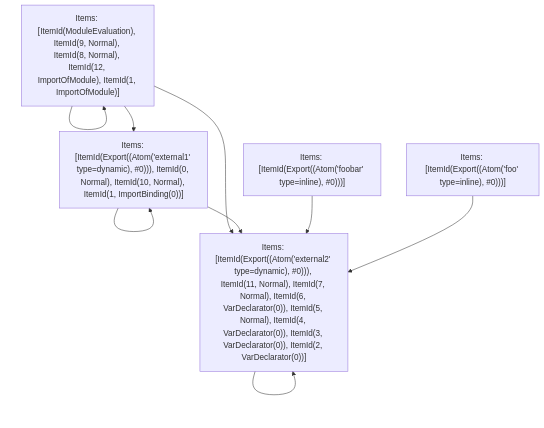
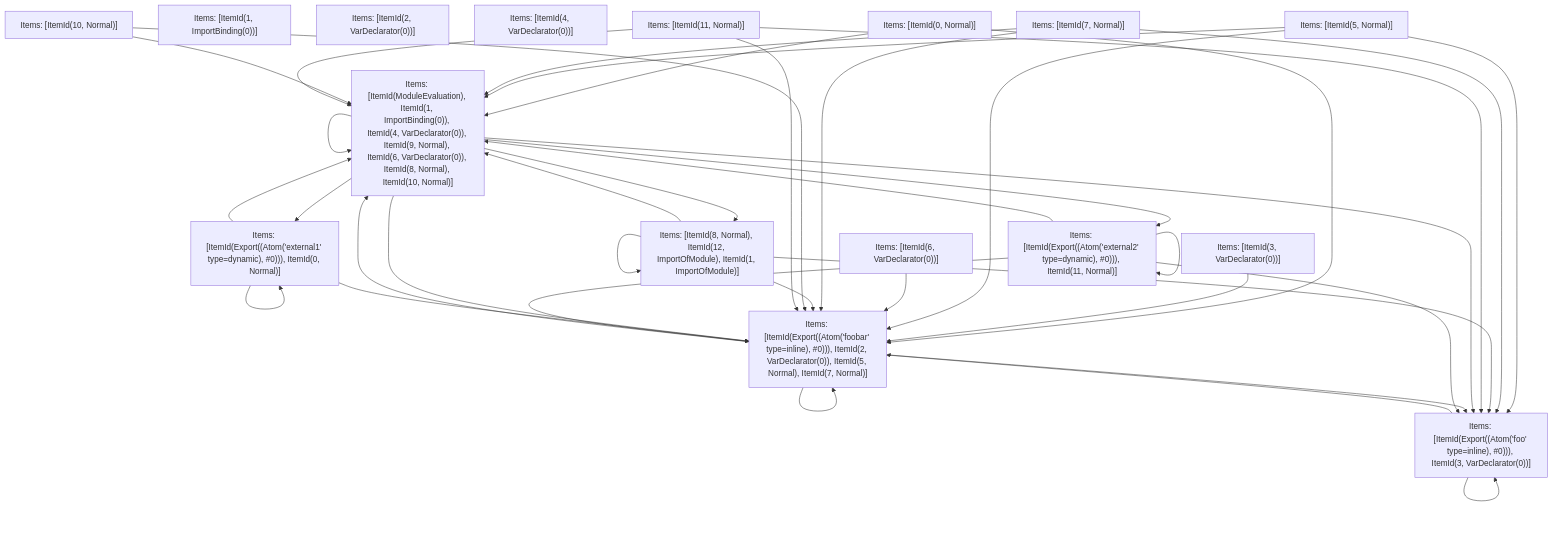
The fifth of 5 diagrams in crates/turbopack-ecmascript/tests/tree-shaker/analyzer/2/output.md (vercel/turborepo), drawn with Mermaid before and after one commit. The commit also changed 3 other files, not shown here.

````diff
--- a/crates/turbopack-ecmascript/tests/tree-shaker/analyzer/2/output.md
+++ b/crates/turbopack-ecmascript/tests/tree-shaker/analyzer/2/output.md
@@ -368,16 +368,56 @@
 ```mermaid
 graph TD
-    N0["Items: [ItemId(ModuleEvaluation), ItemId(9, Normal), ItemId(8, Normal), ItemId(12, ImportOfModule), ItemId(1, ImportOfModule)]"];
-    N1["Items: [ItemId(Export((Atom('external1' type=dynamic), #0))), ItemId(0, Normal), ItemId(10, Normal), ItemId(1, ImportBinding(0))]"];
-    N2["Items: [ItemId(Export((Atom('foobar' type=inline), #0)))]"];
-    N3["Items: [ItemId(Export((Atom('foo' type=inline), #0)))]"];
-    N4["Items: [ItemId(Export((Atom('external2' type=dynamic), #0))), ItemId(11, Normal), ItemId(7, Normal), ItemId(6, VarDeclarator(0)), ItemId(5, Normal), ItemId(4, VarDeclarator(0)), ItemId(3, VarDeclarator(0)), ItemId(2, VarDeclarator(0))]"];
-    N0 --> N0;
-    N0 --> N1;
-    N0 --> N4;
-    N1 --> N1;
-    N1 --> N4;
-    N2 --> N4;
-    N3 --> N4;
-    N4 --> N4;
+    N0["Items: [ItemId(0, Normal)]"];
+    N1["Items: [ItemId(1, ImportBinding(0))]"];
+    N2["Items: [ItemId(2, VarDeclarator(0))]"];
+    N3["Items: [ItemId(3, VarDeclarator(0))]"];
+    N4["Items: [ItemId(4, VarDeclarator(0))]"];
+    N5["Items: [ItemId(5, Normal)]"];
+    N6["Items: [ItemId(6, VarDeclarator(0))]"];
+    N7["Items: [ItemId(7, Normal)]"];
+    N8["Items: [ItemId(8, Normal), ItemId(12, ImportOfModule), ItemId(1, ImportOfModule)]"];
+    N9["Items: [ItemId(10, Normal)]"];
+    N10["Items: [ItemId(11, Normal)]"];
+    N11["Items: [ItemId(ModuleEvaluation), ItemId(1, ImportBinding(0)), ItemId(4, VarDeclarator(0)), ItemId(9, Normal), ItemId(6, VarDeclarator(0)), ItemId(8, Normal), ItemId(10, Normal)]"];
+    N12["Items: [ItemId(Export((Atom('external1' type=dynamic), #0))), ItemId(0, Normal)]"];
+    N13["Items: [ItemId(Export((Atom('foobar' type=inline), #0))), ItemId(2, VarDeclarator(0)), ItemId(5, Normal), ItemId(7, Normal)]"];
+    N14["Items: [ItemId(Export((Atom('foo' type=inline), #0))), ItemId(3, VarDeclarator(0))]"];
+    N15["Items: [ItemId(Export((Atom('external2' type=dynamic), #0))), ItemId(11, Normal)]"];
+    N0 --> N11;
+    N0 --> N13;
+    N3 --> N13;
+    N5 --> N11;
+    N5 --> N13;
+    N5 --> N14;
+    N6 --> N13;
+    N7 --> N13;
+    N7 --> N14;
+    N7 --> N11;
+    N8 --> N11;
+    N8 --> N8;
+    N8 --> N13;
+    N8 --> N14;
+    N9 --> N11;
+    N9 --> N13;
+    N10 --> N14;
+    N10 --> N11;
+    N10 --> N13;
+    N11 --> N11;
+    N11 --> N12;
+    N11 --> N13;
+    N11 --> N14;
+    N11 --> N15;
+    N11 --> N8;
+    N12 --> N12;
+    N12 --> N11;
+    N12 --> N13;
+    N13 --> N13;
+    N13 --> N11;
+    N13 --> N14;
+    N14 --> N14;
+    N14 --> N13;
+    N15 --> N15;
+    N15 --> N14;
+    N15 --> N11;
+    N15 --> N13;
 ```
````
